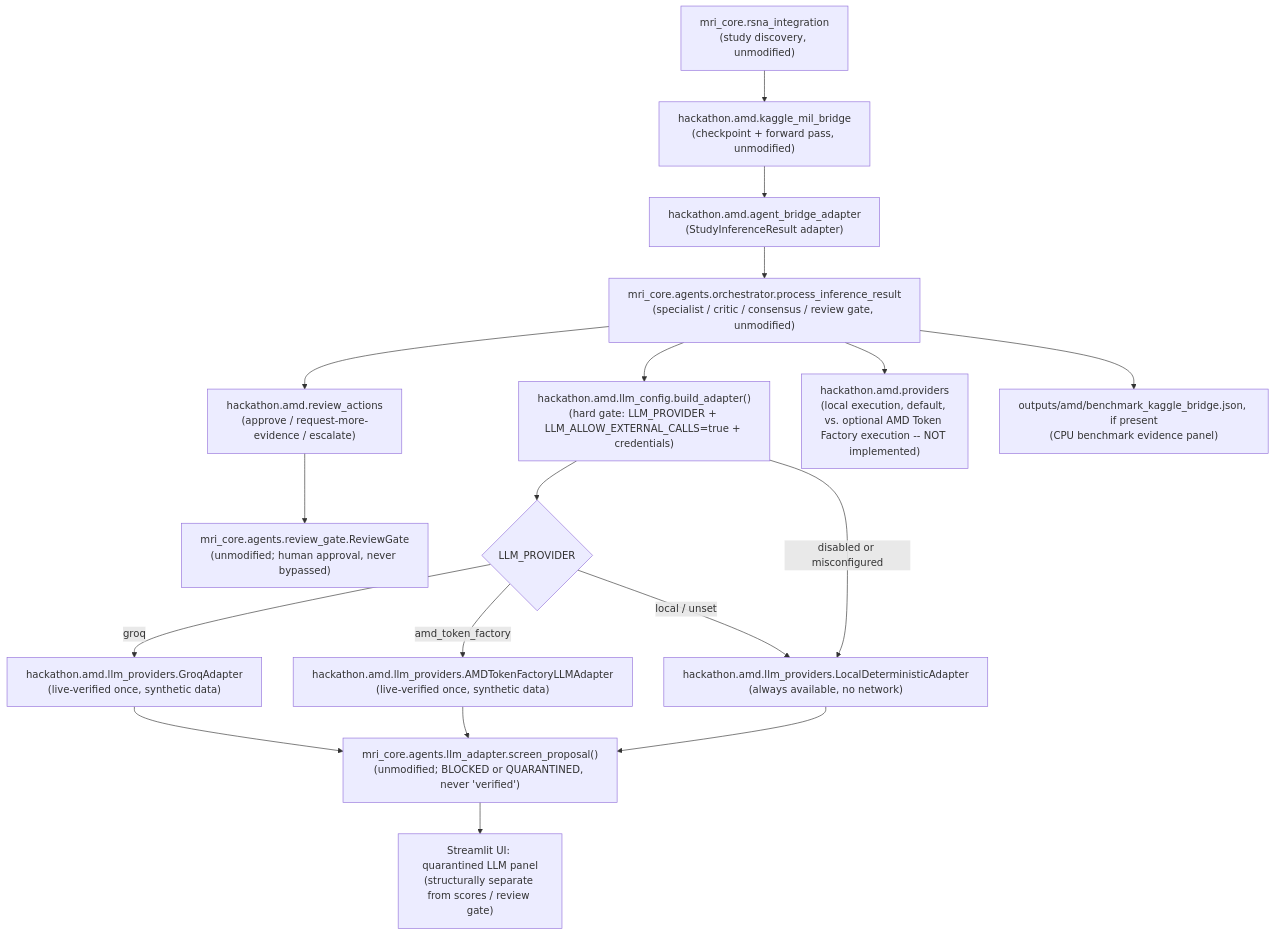
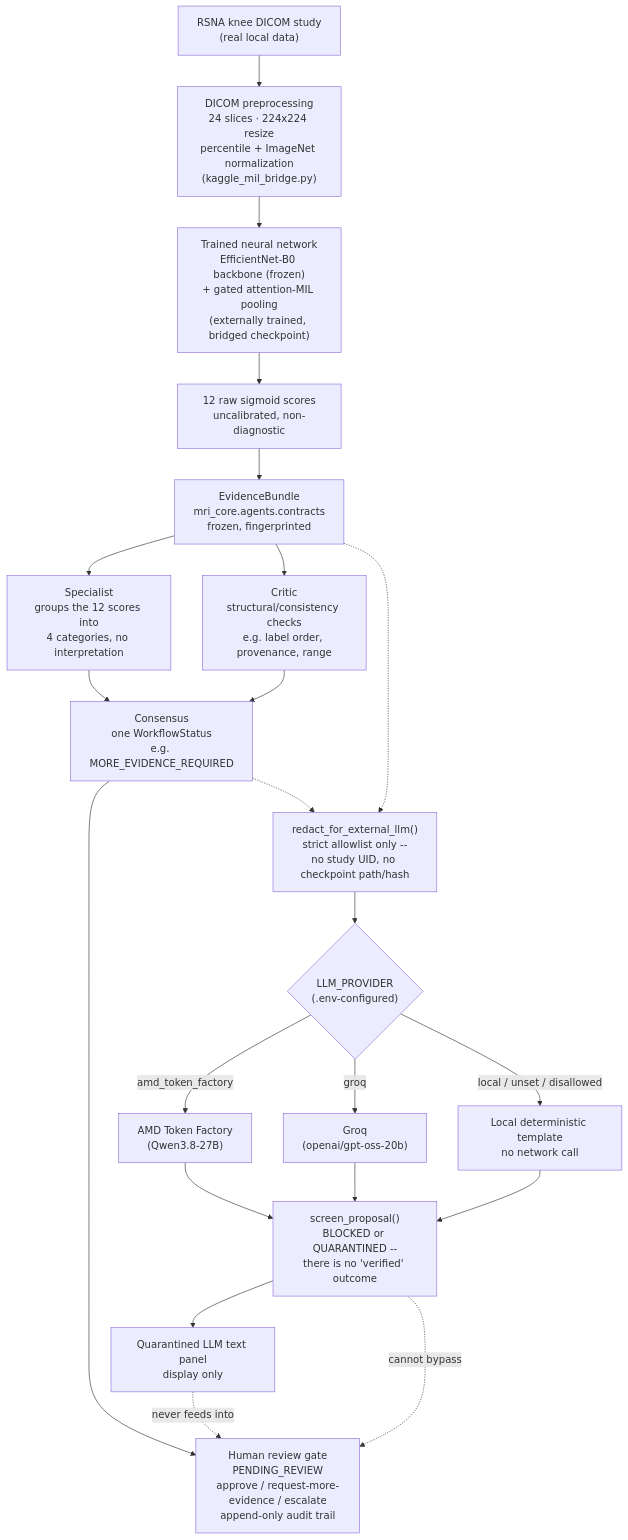
One commit to draculess99/MRI-Vision-Core changed the second of 2 diagrams in hackathon/amd/README.md. Above: the diagram before and after it, drawn with Mermaid. The commit also changed other lines of this file and 6 other files, not shown here.

````diff
--- a/hackathon/amd/README.md
+++ b/hackathon/amd/README.md
@@ -204,29 +108,31 @@
 ```mermaid
 flowchart TD
-    A["mri_core.rsna_integration<br/>(study discovery, unmodified)"] --> B
-    B["hackathon.amd.kaggle_mil_bridge<br/>(checkpoint + forward pass, unmodified)"] --> C
-    C["hackathon.amd.agent_bridge_adapter<br/>(StudyInferenceResult adapter)"] --> D
-    D["mri_core.agents.orchestrator.process_inference_result<br/>(specialist / critic / consensus / review gate, unmodified)"] --> E
-    D --> G
+    DS["RSNA knee DICOM study<br/>(real local data)"] --> PRE
+    PRE["DICOM preprocessing<br/>24 slices · 224x224 resize<br/>percentile + ImageNet normalization<br/>(kaggle_mil_bridge.py)"] --> NET
+    NET["Trained neural network<br/>EfficientNet-B0 backbone (frozen)<br/>+ gated attention-MIL pooling<br/>(externally trained, bridged checkpoint)"] --> SCORES
+    SCORES["12 raw sigmoid scores<br/>uncalibrated, non-diagnostic"] --> BUNDLE
 
-    E["hackathon.amd.review_actions<br/>(approve / request-more-evidence / escalate)"] --> F
-    F["mri_core.agents.review_gate.ReviewGate<br/>(unmodified; human approval, never bypassed)"]
+    BUNDLE["EvidenceBundle<br/>mri_core.agents.contracts<br/>frozen, fingerprinted"] --> SPEC
+    BUNDLE --> CRIT
+    SPEC["Specialist<br/>groups the 12 scores into<br/>4 categories, no interpretation"] --> CONS
+    CRIT["Critic<br/>structural/consistency checks<br/>e.g. label order, provenance, range"] --> CONS
+    CONS["Consensus<br/>one WorkflowStatus<br/>e.g. MORE_EVIDENCE_REQUIRED"] --> REVIEW
 
-    G["hackathon.amd.llm_config.build_adapter()<br/>(hard gate: LLM_PROVIDER + LLM_ALLOW_EXTERNAL_CALLS=true + credentials)"] --> H
-    G -->|disabled or misconfigured| L
+    REVIEW["Human review gate<br/>PENDING_REVIEW<br/>approve / request-more-evidence / escalate<br/>append-only audit trail"]
 
-    H{"LLM_PROVIDER"}
-    H -->|groq| I["hackathon.amd.llm_providers.GroqAdapter<br/>(live-verified once, synthetic data)"]
-    H -->|amd_token_factory| J["hackathon.amd.llm_providers.AMDTokenFactoryLLMAdapter<br/>(live-verified once, synthetic data)"]
-    H -->|local / unset| L
+    BUNDLE -.-> REDACT
+    CONS -.-> REDACT
+    REDACT["redact_for_external_llm()<br/>strict allowlist only --<br/>no study UID, no checkpoint path/hash"] --> PROVIDER
+    PROVIDER{"LLM_PROVIDER<br/>(.env-configured)"}
+    PROVIDER -->|amd_token_factory| AMDLLM["AMD Token Factory<br/>(Qwen3.8-27B)"]
+    PROVIDER -->|groq| GROQ["Groq<br/>(openai/gpt-oss-20b)"]
+    PROVIDER -->|local / unset / disallowed| LOCAL["Local deterministic template<br/>no network call"]
+    AMDLLM --> SCREEN
+    GROQ --> SCREEN
+    LOCAL --> SCREEN
+    SCREEN["screen_proposal()<br/>BLOCKED or QUARANTINED --<br/>there is no 'verified' outcome"] --> PANEL
+    PANEL["Quarantined LLM text panel<br/>display only"]
 
-    I --> K
-    J --> K
-    L["hackathon.amd.llm_providers.LocalDeterministicAdapter<br/>(always available, no network)"] --> K
-
-    K["mri_core.agents.llm_adapter.screen_proposal()<br/>(unmodified; BLOCKED or QUARANTINED, never 'verified')"] --> M
-    M["Streamlit UI: quarantined LLM panel<br/>(structurally separate from scores / review gate)"]
-
-    D --> N["hackathon.amd.providers<br/>(local execution, default, vs. optional AMD Token Factory execution -- NOT implemented)"]
-    D --> O["outputs/amd/benchmark_kaggle_bridge.json, if present<br/>(CPU benchmark evidence panel)"]
+    PANEL -.->|never feeds into| REVIEW
+    SCREEN -.->|cannot bypass| REVIEW
 ```
````
